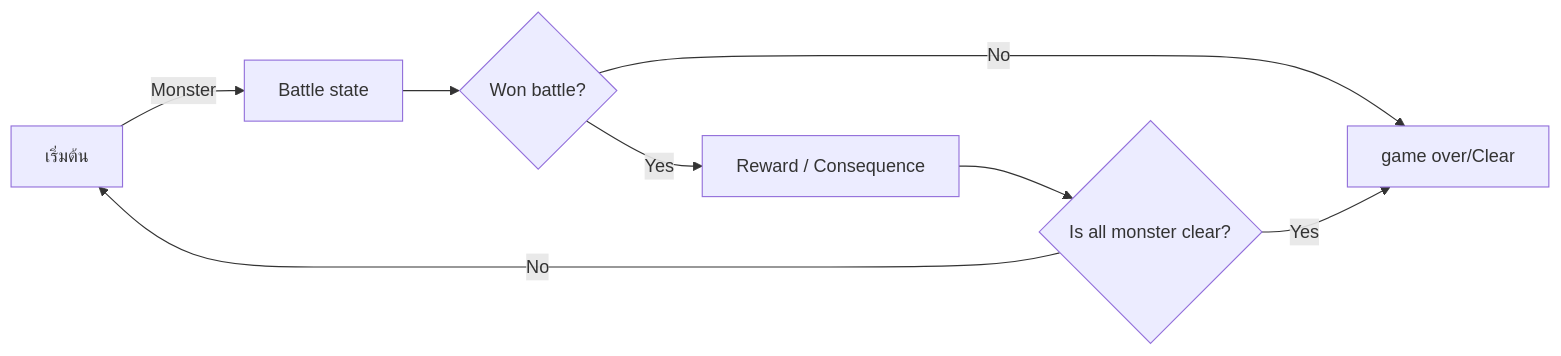
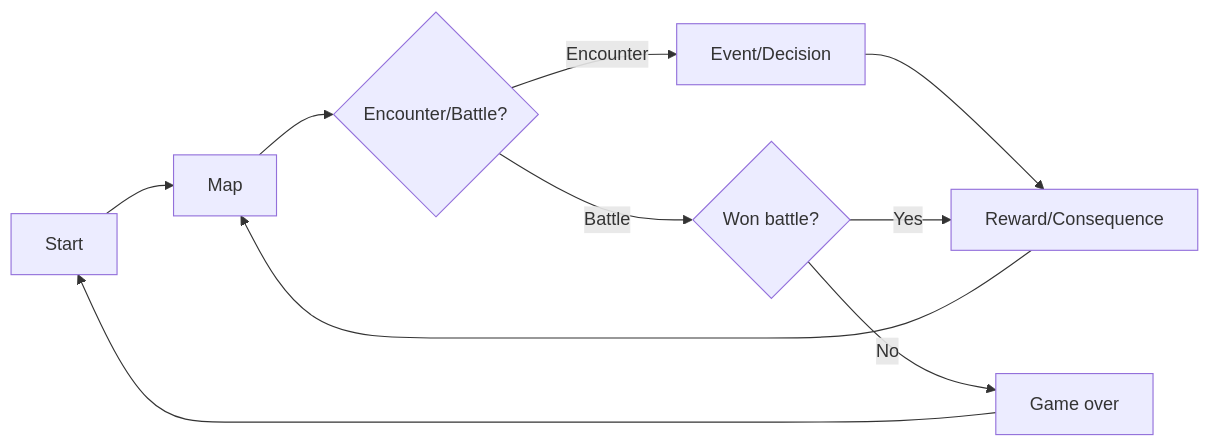
Before and after one commit to ArissamanSLM/Dg225-Team10_Project_Lobotomy: the diagram in docs/01_GDD/01-core-loop.md, drawn with Mermaid. The commit also changed other lines of this file and 1 other file, not shown here.

Commit message:
Refactor core loop documentation: update flowchart and mechanics, enhance clarity

````diff
--- a/docs/01_GDD/01-core-loop.md
+++ b/docs/01_GDD/01-core-loop.md
@@ -10,12 +10,20 @@
 ```mermaid
 flowchart LR
-    A[เริ่มต้น] -- Monster --> B[Battle state]
-    B --> C{Won battle?}
-    C -- Yes --> D[Reward / Consequence]
-    C -- No --> E[game over/Clear]
-    D --> F{Is all monster clear?}
-    F -- Yes --> E
-    F -- No --> A
-    
+	A[Start]
+	B[Map]
+	C{Encounter/Battle?}
+	D[Event/Decision]
+	E{Won battle?}
+	F[Reward/Consequence]
+	G[Game over]
 
+	A --> B
+	B --> C
+	C -- Encounter --> D
+	C -- Battle --> E
+	D --> F
+	E -- Yes --> F
+	E -- No --> G
+	G --> A
+	F --> B
 ```
````
